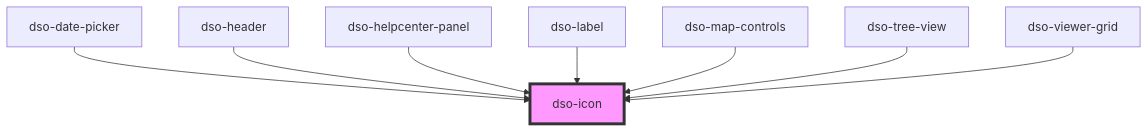
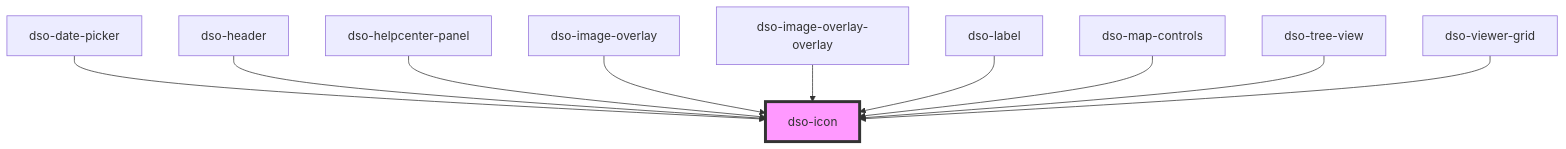
Before and after one commit to dso-toolkit/dso-toolkit: the diagram in packages/core/src/components/icon/readme.md, drawn with Mermaid. The commit also changed other lines of this file and 14 other files, not shown here.

````diff
--- a/packages/core/src/components/icon/readme.md
+++ b/packages/core/src/components/icon/readme.md
@@ -28,11 +30,13 @@
 ```mermaid
 graph TD;
   dso-date-picker --> dso-icon
   dso-header --> dso-icon
   dso-helpcenter-panel --> dso-icon
+  dso-image-overlay --> dso-icon
+  dso-image-overlay-overlay --> dso-icon
   dso-label --> dso-icon
   dso-map-controls --> dso-icon
   dso-tree-view --> dso-icon
   dso-viewer-grid --> dso-icon
   style dso-icon fill:#f9f,stroke:#333,stroke-width:4px
 ```
````
